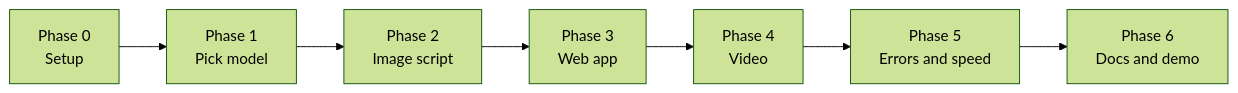
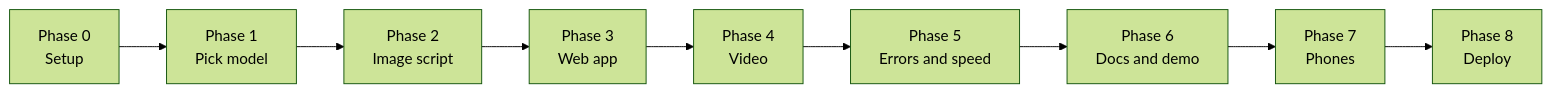
The diagram in docs/PHASES.md (Rahat-Sultan/shelf-counter), drawn with Mermaid (forest theme) before and after one commit. The commit also changed other lines of this file and 25 other files, not shown here.

First line of the commit message:
Docs: detailed project documentation and PRD with diagrams and screenshots

````diff
--- a/docs/PHASES.md
+++ b/docs/PHASES.md
@@ -7,9 +11,11 @@
 ```mermaid
 flowchart LR
     P0[Phase 0<br/>Setup] --> P1[Phase 1<br/>Pick model]
     P1 --> P2[Phase 2<br/>Image script]
     P2 --> P3[Phase 3<br/>Web app]
     P3 --> P4[Phase 4<br/>Video]
     P4 --> P5[Phase 5<br/>Errors and speed]
     P5 --> P6[Phase 6<br/>Docs and demo]
+    P6 --> P7[Phase 7<br/>Phones]
+    P7 --> P8[Phase 8<br/>Deploy]
 ```
````
